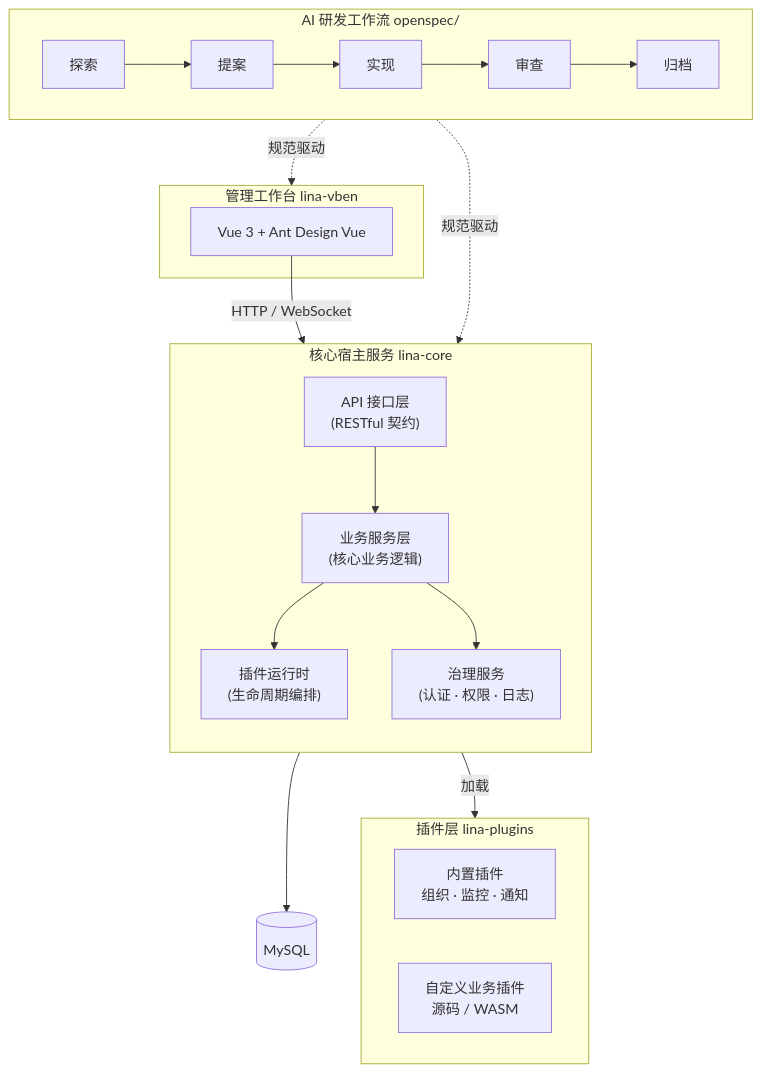
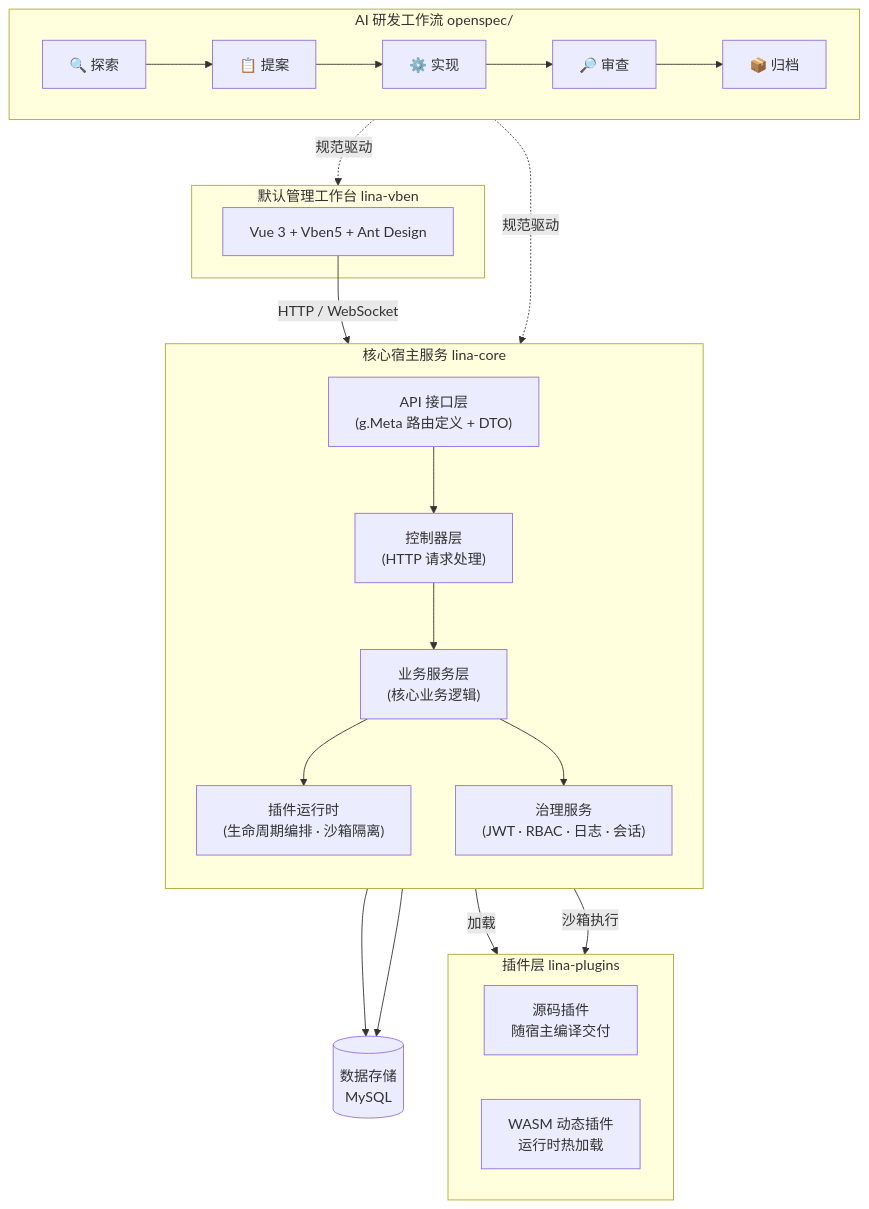
One commit to linaproai/linapro-site changed the diagram in apps/lina-site/docs/quick/1000-overview.md. Above: the diagram before and after it, drawn with Mermaid. The commit also changed other lines of this file, not shown here.

Commit message:
docs(lina-site): update quick overview architecture diagram

````diff
--- a/apps/lina-site/docs/quick/1000-overview.md
+++ b/apps/lina-site/docs/quick/1000-overview.md
@@ -157,36 +58,39 @@
 ```mermaid
 graph TB
     subgraph Workflow["AI 研发工作流  openspec/"]
         direction LR
-        Explore["探索"] --> Propose["提案"] --> Implement["实现"] --> Review["审查"] --> Archive["归档"]
+        Explore["🔍 探索"] --> Propose["📋 提案"] --> Implement["⚙️ 实现"] --> Review["🔎 审查"] --> Archive["📦 归档"]
     end
 
-    subgraph Frontend["管理工作台  lina-vben"]
-        UI["Vue 3 + Ant Design Vue"]
+    subgraph Frontend["默认管理工作台  lina-vben"]
+        UI["Vue 3 + Vben5 + Ant Design"]
     end
 
     subgraph Host["核心宿主服务  lina-core"]
         direction TB
-        API["API 接口层<br/>(RESTful 契约)"]
-        Svc["业务服务层<br/>(核心业务逻辑)"]
-        Plugin["插件运行时<br/>(生命周期编排)"]
-        Gov["治理服务<br/>(认证 · 权限 · 日志)"]
-        API --> Svc
+        API["API 接口层\n(g.Meta 路由定义 + DTO)"]
+        Ctrl["控制器层\n(HTTP 请求处理)"]
+        Svc["业务服务层\n(核心业务逻辑)"]
+        Plugin["插件运行时\n(生命周期编排 · 沙箱隔离)"]
+        Gov["治理服务\n(JWT · RBAC · 日志 · 会话)"]
+        API --> Ctrl --> Svc
         Svc --> Plugin
         Svc --> Gov
     end
 
     subgraph Plugins["插件层  lina-plugins"]
         direction LR
-        Builtin["内置插件<br/>组织 · 监控 · 通知"]
-        Custom["自定义业务插件<br/>源码 / WASM"]
+        Source["源码插件\n随宿主编译交付"]
+        Dynamic["WASM 动态插件\n运行时热加载"]
     end
 
-    DB[("MySQL")]
+    DB[("数据存储\nMySQL")]
 
     Workflow -.->|规范驱动| Frontend
     Workflow -.->|规范驱动| Host
-    UI -->|HTTP / WebSocket| API
-    Plugin -->|加载| Plugins
+    UI -->|"HTTP / WebSocket"| API
+    Plugin -->|加载| Source
+    Plugin -->|沙箱执行| Dynamic
     Svc --> DB
+    Gov --> DB
 ```
````
